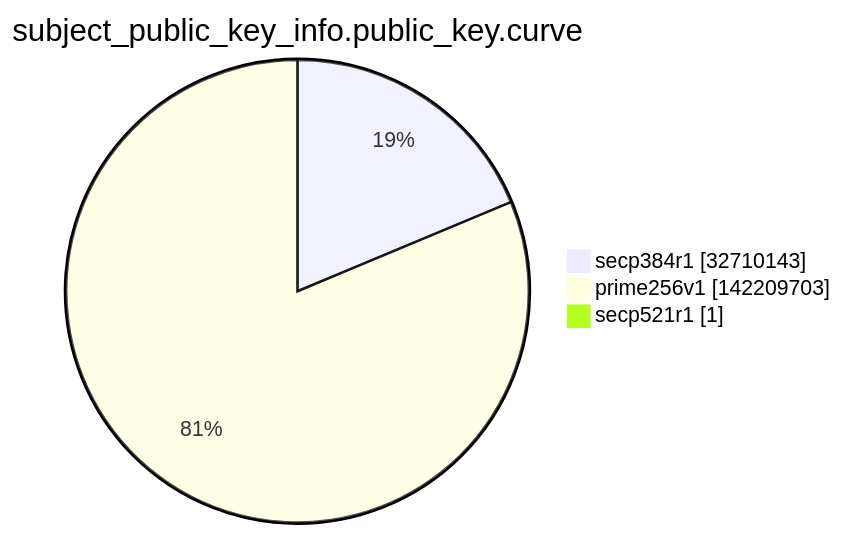
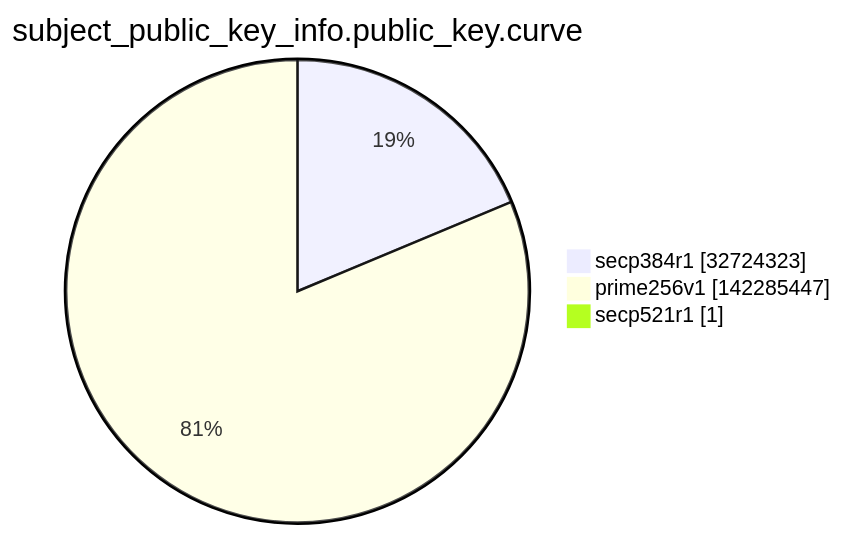
One commit to christiankrug/ctmonitor_visualization changed the ninth of 15 diagrams in argon2022/README.md. Above: the diagram before and after it, drawn with Mermaid. The commit also changed other lines of this file, not shown here.

````diff
--- a/argon2022/README.md
+++ b/argon2022/README.md
@@ -2763,7 +2763,7 @@
 ```mermaid
 pie showData
 title subject_public_key_info.public_key.curve
-"secp384r1" :32710143
-"prime256v1" :142209703
+"secp384r1" :32724323
+"prime256v1" :142285447
 "secp521r1" :1
 ```
````
